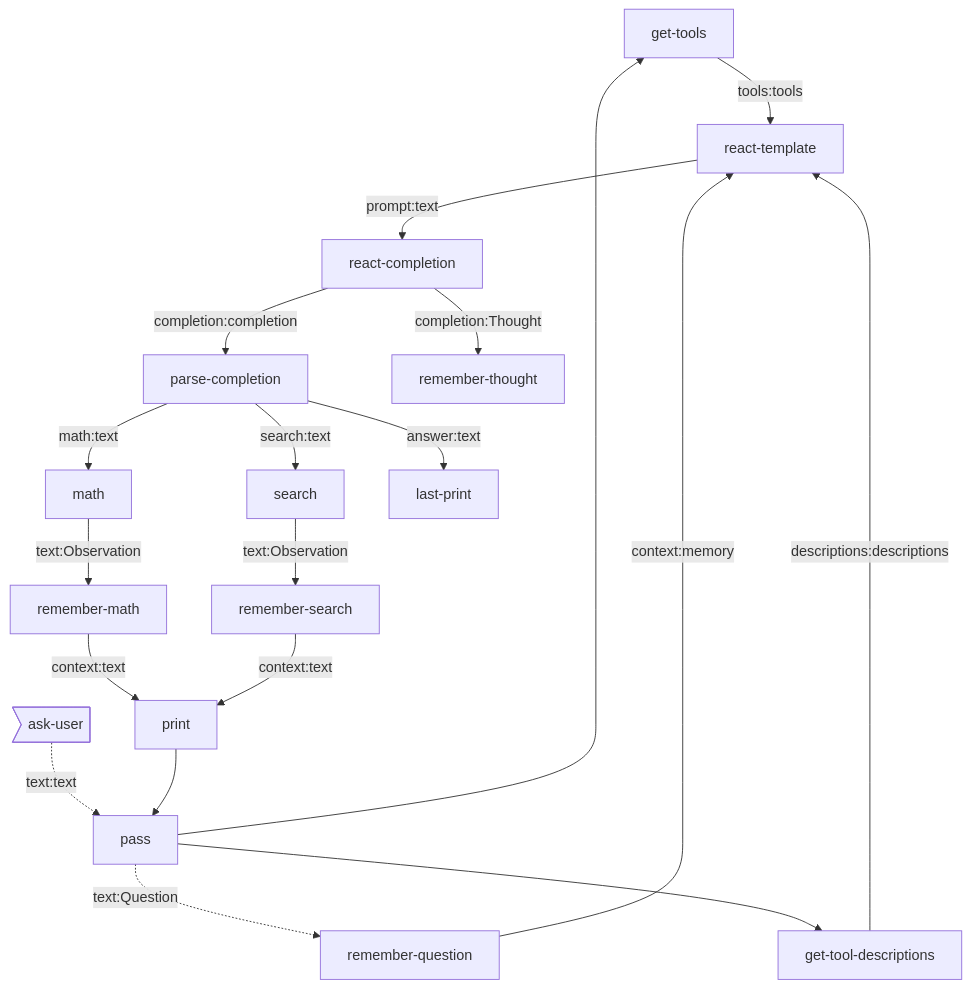
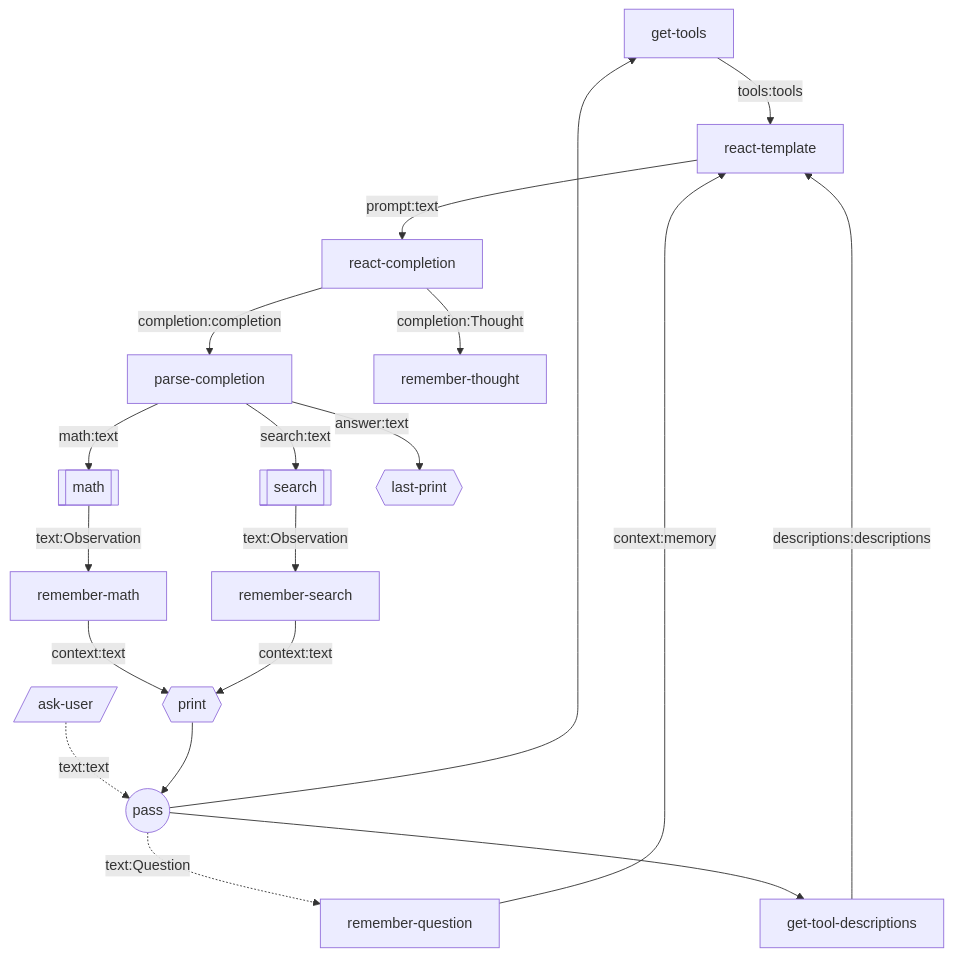
Before and after one commit to breadboard-ai/breadboard: the diagram in seeds/graph-playground/docs/graphs/react-with-include.md, drawn with Mermaid. The commit also changed 11 other files, not shown here.

Commit message:
[graph-playground] Update diagrams.

````diff
--- a/seeds/graph-playground/docs/graphs/react-with-include.md
+++ b/seeds/graph-playground/docs/graphs/react-with-include.md
@@ -4,21 +4,21 @@
 ```mermaid
 graph TD;
 get-tools -- tools:tools --> react-template
 get-tool-descriptions -- descriptions:descriptions --> react-template
-ask-user>ask-user] -. text:text .-> pass
-pass --> get-tools
-pass -. text:Question .-> remember-question
+ask-user[/ask-user/] -. text:text .-> pass((pass))
+pass((pass)) --> get-tools
+pass((pass)) -. text:Question .-> remember-question
 remember-question -- context:memory --> react-template
-pass --> get-tool-descriptions
+pass((pass)) --> get-tool-descriptions
 react-template -- prompt:text --> react-completion
 react-completion -- completion:completion --> parse-completion
 react-completion -- completion:Thought --> remember-thought
-parse-completion -- search:text --> search
-parse-completion -- math:text --> math
-math -- text:Observation --> remember-math
-remember-math -- context:text --> print
-search -- text:Observation --> remember-search
-remember-search -- context:text --> print
-print --> pass
-parse-completion -- answer:text --> last-print
+parse-completion -- search:text --> search[[search]]
+parse-completion -- math:text --> math[[math]]
+math[[math]] -- text:Observation --> remember-math
+remember-math -- context:text --> print{{print}}
+search[[search]] -- text:Observation --> remember-search
+remember-search -- context:text --> print{{print}}
+print{{print}} --> pass((pass))
+parse-completion -- answer:text --> last-print{{last-print}}
 ```
````
